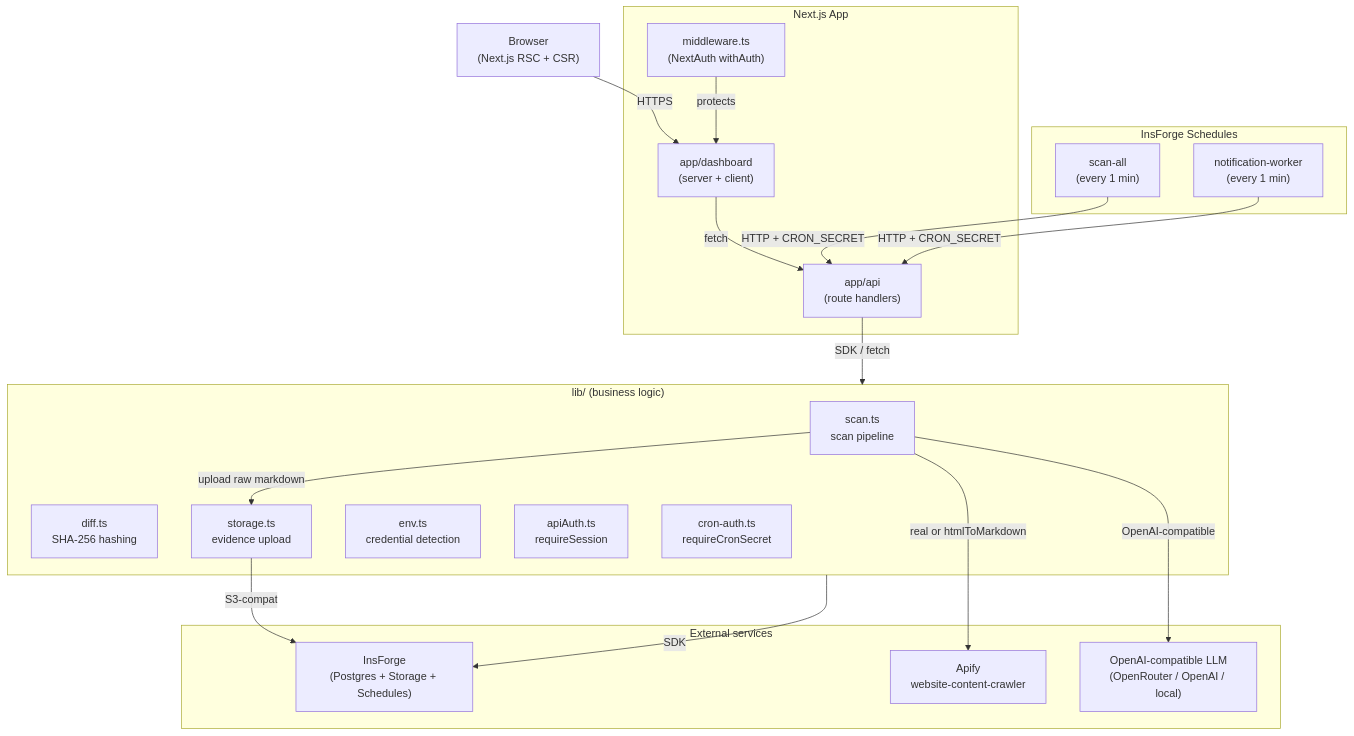
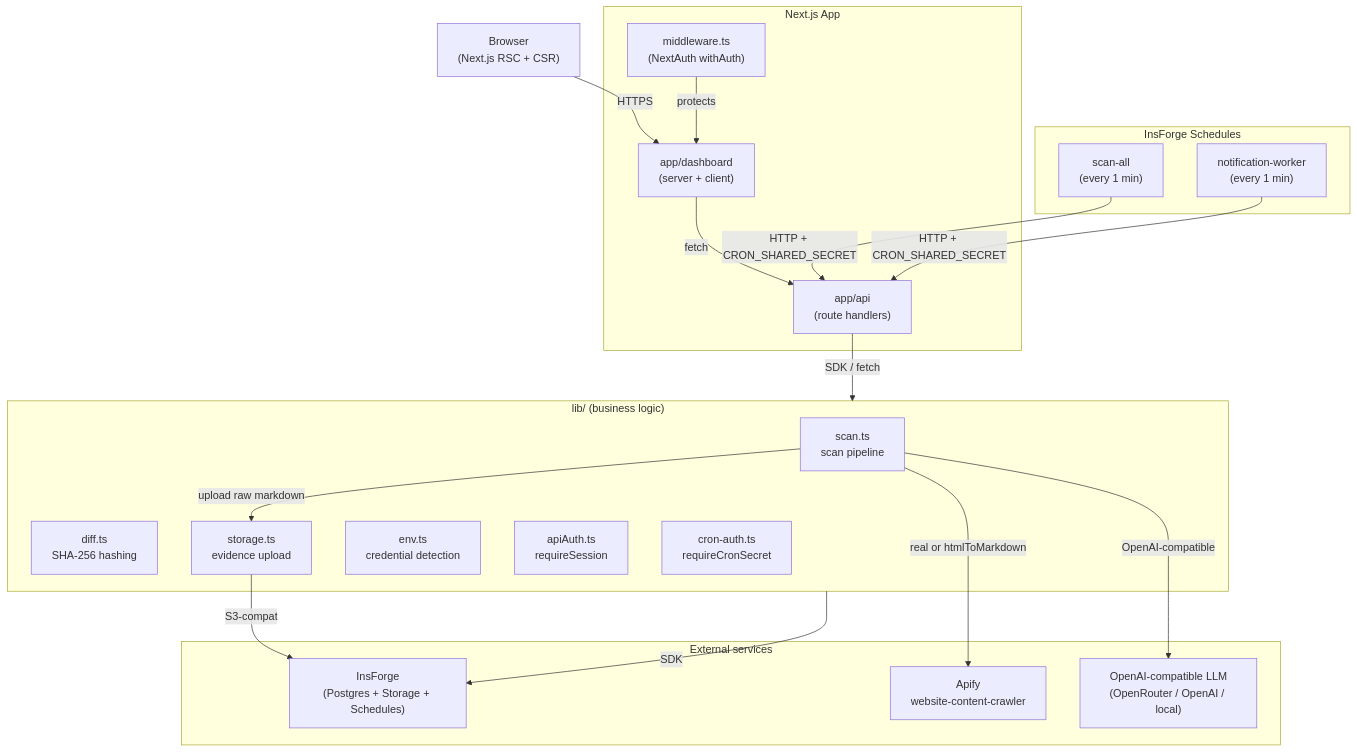
Before and after one commit to Xuefeng-Zhu/PageVault: the diagram in README.md, drawn with Mermaid. The commit also changed other lines of this file and 7 other files, not shown here.

First line of the commit message:
fix: per-page snapshot_jobs filter; pass trigger_type; rename CRON_SECRET in docs

````diff
--- a/README.md
+++ b/README.md
@@ -57,42 +57,42 @@
 ```mermaid
 flowchart TB
   Browser["Browser<br/>(Next.js RSC + CSR)"]
 
   subgraph NextApp["Next.js App"]
     Pages["app/dashboard<br/>(server + client)"]
     Routes["app/api<br/>(route handlers)"]
     Middleware["middleware.ts<br/>(NextAuth withAuth)"]
   end
 
   subgraph Lib["lib/ (business logic)"]
     Scan["scan.ts<br/>scan pipeline"]
     Diff["diff.ts<br/>SHA-256 hashing"]
     Storage["storage.ts<br/>evidence upload"]
     Env["env.ts<br/>credential detection"]
     Auth["apiAuth.ts<br/>requireSession"]
     CronAuth["cron-auth.ts<br/>requireCronSecret"]
   end
 
   subgraph External["External services"]
     Insforge["InsForge<br/>(Postgres + Storage + Schedules)"]
     Apify["Apify<br/>website-content-crawler"]
     LLM["OpenAI-compatible LLM<br/>(OpenRouter / OpenAI / local)"]
   end
 
   subgraph Cron["InsForge Schedules"]
     ScanCron["scan-all<br/>(every 1 min)"]
     NotifCron["notification-worker<br/>(every 1 min)"]
   end
 
   Browser -->|HTTPS| Pages
   Pages -->|fetch| Routes
   Routes -->|SDK / fetch| Lib
   Lib -->|SDK| Insforge
   Scan -->|real or htmlToMarkdown| Apify
   Scan -->|OpenAI-compatible| LLM
   Scan -->|upload raw markdown| Storage
   Storage -->|S3-compat| Insforge
-  ScanCron -->|HTTP + CRON_SECRET| Routes
-  NotifCron -->|HTTP + CRON_SECRET| Routes
+  ScanCron -->|HTTP + CRON_SHARED_SECRET| Routes
+  NotifCron -->|HTTP + CRON_SHARED_SECRET| Routes
   Middleware -->|protects| Pages
 ```
````
